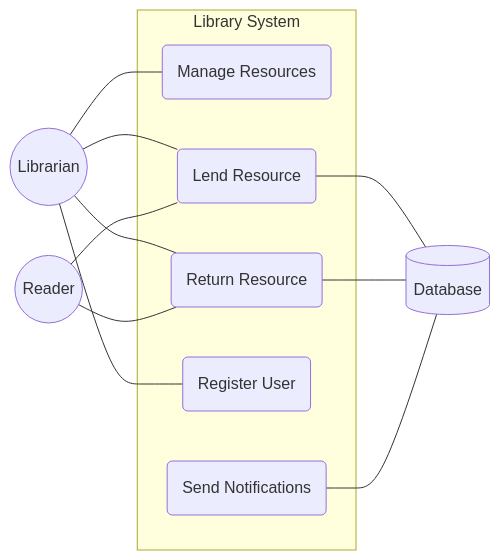
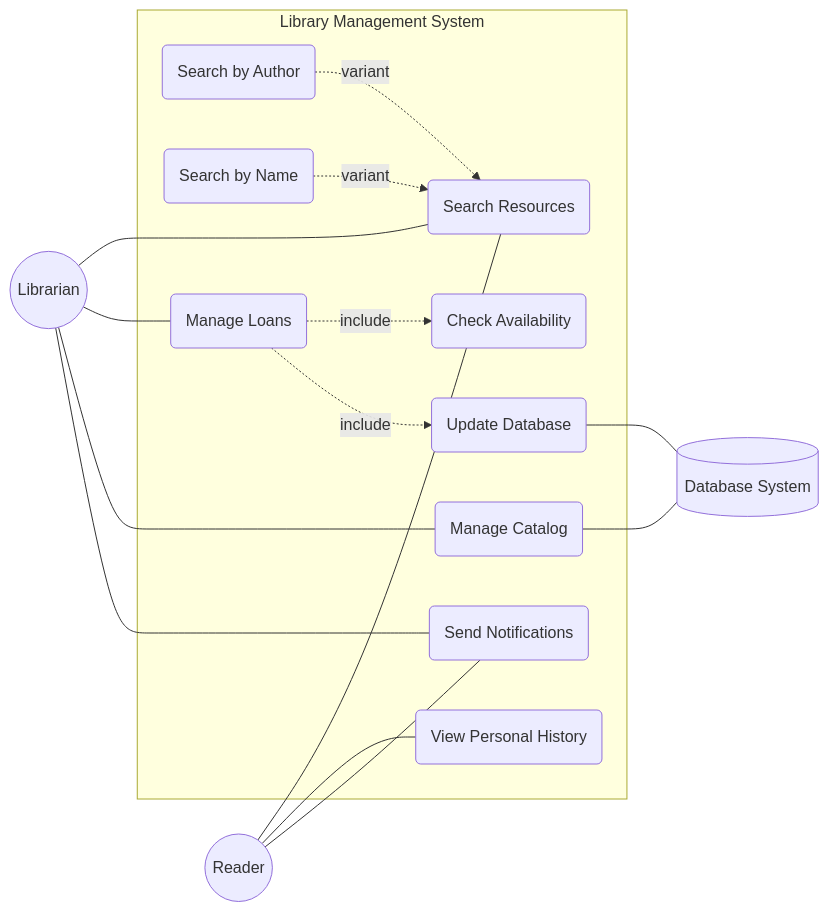
The first of 3 diagrams in README.md (marinatrabaa/ProyectoPOO), drawn with Mermaid before and after one commit.

Commit message:
Enhance use case diagram for library management system

`````diff
--- a/README.md
+++ b/README.md
@@ -117,22 +117,49 @@
 ```mermaid
 graph LR
-    subgraph "Library System"
-        UC1(Manage Resources)
-        UC2(Lend Resource)
-        UC3(Return Resource)
-        UC4(Register User)
+    %% Actores
+    Reader((Reader))
+    Librarian((Librarian))
+    DB[(Database System)]
+
+    subgraph Library_System [Library Management System]
+        %% Casos de Uso de Búsqueda
+        UC1(Search Resources)
+        UC1a(Search by Author)
+        UC1b(Search by Name)
+        
+        %% Casos de Uso de Gestión
+        UC2(Manage Loans)
+        UC2a(Check Availability)
+        UC2b(Update Database)
+        
+        %% Casos de Uso de Usuario
+        UC3(View Personal History)
+        UC4(Manage Catalog)
+        
+        %% Casos de Uso de Sistema
         UC5(Send Notifications)
     end
 
-    Librarian((Librarian)) --- UC1
+    %% Conexiones del Reader
+    Reader --- UC1
+    Reader --- UC3
+    Reader --- UC5
+
+    %% Conexiones del Librarian
+    Librarian --- UC1
     Librarian --- UC2
-    Librarian --- UC3
     Librarian --- UC4
+    Librarian --- UC5
 
-    Reader((Reader)) --- UC2
-    Reader --- UC3
+    %% Relaciones Internas (Herencia de Búsqueda)
+    UC1a -.->|variant| UC1
+    UC1b -.->|variant| UC1
 
-    UC2 --- DB[(Database)]
-    UC3 --- DB
-    UC5 --- DB
+    %% Relaciones de Inclusión (Para prestar hay que mirar si está libre)
+    UC2 -.->|include| UC2a
+    UC2 -.->|include| UC2b
+    
+    %% Conexión con el Sistema Externo
+    UC2b --- DB
+    UC4 --- DB
 ````
`````
